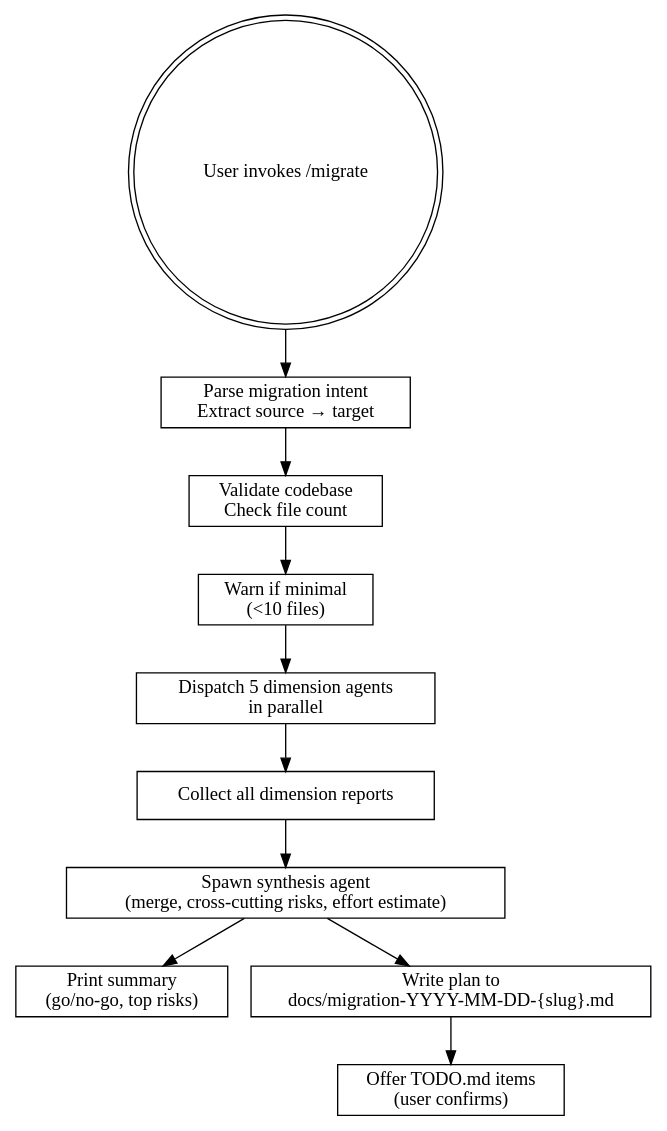
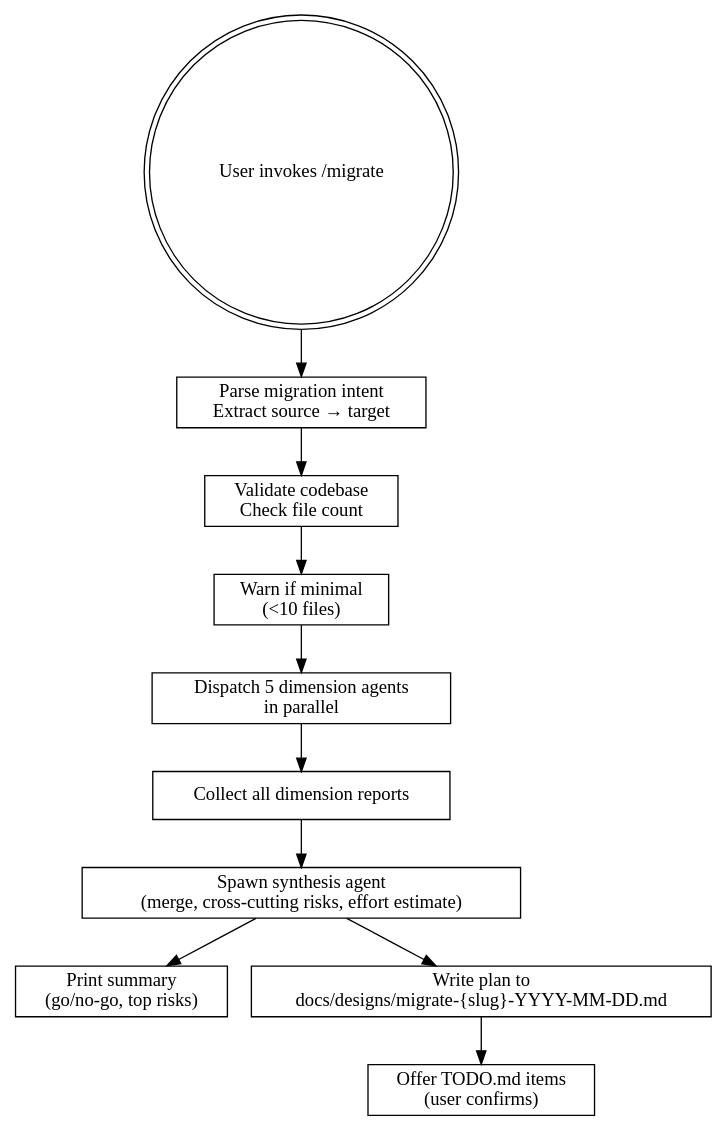
One commit to KwanwooLee36/dispatch changed the diagram in skills/migrate/SKILL.md. Above: the diagram before and after it, drawn with Graphviz. The commit also changed other lines of this file and 7 other files, not shown here.

First line of the commit message:
feat: consolidate all skill outputs to docs/designs/ as single write location

````diff
--- a/skills/migrate/SKILL.md
+++ b/skills/migrate/SKILL.md
@@ -44,27 +44,27 @@
 ```dot
 digraph migrate_flow {
     rankdir=TB;
     node [shape=box];
 
     start [label="User invokes /migrate" shape=doublecircle];
     parse [label="Parse migration intent\nExtract source → target"];
     validate [label="Validate codebase\nCheck file count"];
     warn [label="Warn if minimal\n(<10 files)"];
     dispatch [label="Dispatch 5 dimension agents\nin parallel"];
     collect [label="Collect all dimension reports"];
     synthesis [label="Spawn synthesis agent\n(merge, cross-cutting risks, effort estimate)"];
     console [label="Print summary\n(go/no-go, top risks)"];
-    file [label="Write plan to\ndocs/migration-YYYY-MM-DD-{slug}.md"];
+    file [label="Write plan to\ndocs/designs/migrate-{slug}-YYYY-MM-DD.md"];
     todo [label="Offer TODO.md items\n(user confirms)"];
 
     start -> parse;
     parse -> validate;
     validate -> warn;
     warn -> dispatch;
     dispatch -> collect;
     collect -> synthesis;
     synthesis -> console;
     synthesis -> file;
     file -> todo;
 }
 ```
````
